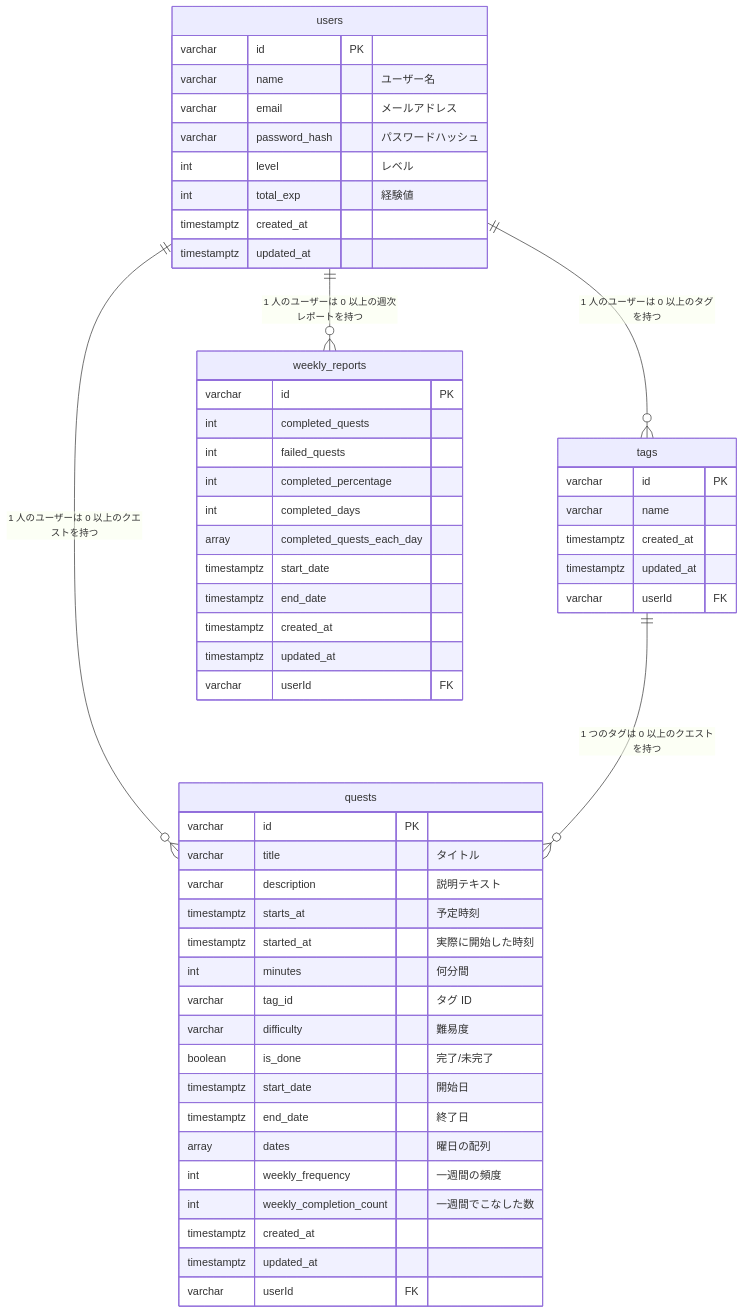
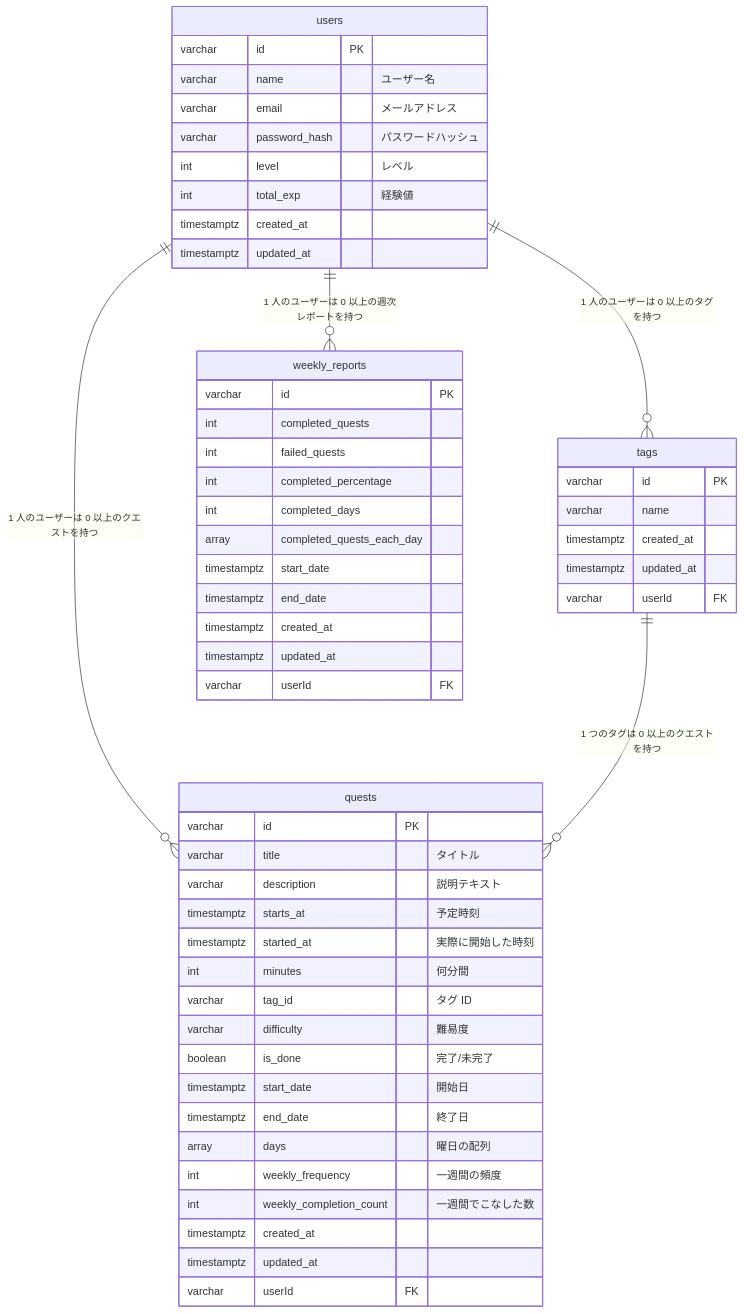
One commit to taga3s/Rhythmate-Service changed the diagram in docs/db/mermaid.md. Above: the diagram before and after it, drawn with Mermaid. The commit also changed 16 other files, not shown here.

Commit message:
refac dates -> days への変更

````diff
--- a/docs/db/mermaid.md
+++ b/docs/db/mermaid.md
@@ -1,56 +1,56 @@
 ```mermaid
 erDiagram
     users {
         varchar id PK
         varchar name "ユーザー名"
         varchar email "メールアドレス"
         varchar password_hash "パスワードハッシュ"
         int level "レベル"
         int total_exp "経験値"
         timestamptz created_at
         timestamptz updated_at
     }
     quests {
         varchar id PK
         varchar title "タイトル"
         varchar description "説明テキスト"
         timestamptz starts_at "予定時刻"
         timestamptz started_at "実際に開始した時刻"
         int minutes "何分間"
         varchar tag_id "タグ ID"
         varchar difficulty "難易度"
         boolean is_done "完了/未完了"
         timestamptz start_date "開始日"
         timestamptz end_date "終了日"
-        array dates "曜日の配列"
+        array days "曜日の配列"
         int weekly_frequency "一週間の頻度"
         int weekly_completion_count "一週間でこなした数"
         timestamptz created_at
         timestamptz updated_at
         varchar userId FK
     }
     tags {
         varchar id PK
         varchar name
         timestamptz created_at
         timestamptz updated_at
         varchar userId FK
     }
     weekly_reports {
         varchar id PK
         int completed_quests
         int failed_quests
         int completed_percentage
         int completed_days
         array completed_quests_each_day
         timestamptz start_date
         timestamptz end_date
         timestamptz created_at
         timestamptz updated_at
         varchar userId FK
     }
     users ||--o{ quests : "1 人のユーザーは 0 以上のクエストを持つ"
     users || --o{ tags : "1 人のユーザーは 0 以上のタグを持つ"
     tags || --o{ quests : "1 つのタグは 0 以上のクエストを持つ"
     users ||--o{ weekly_reports : "1 人のユーザーは 0 以上の週次レポートを持つ"
 ```
````
